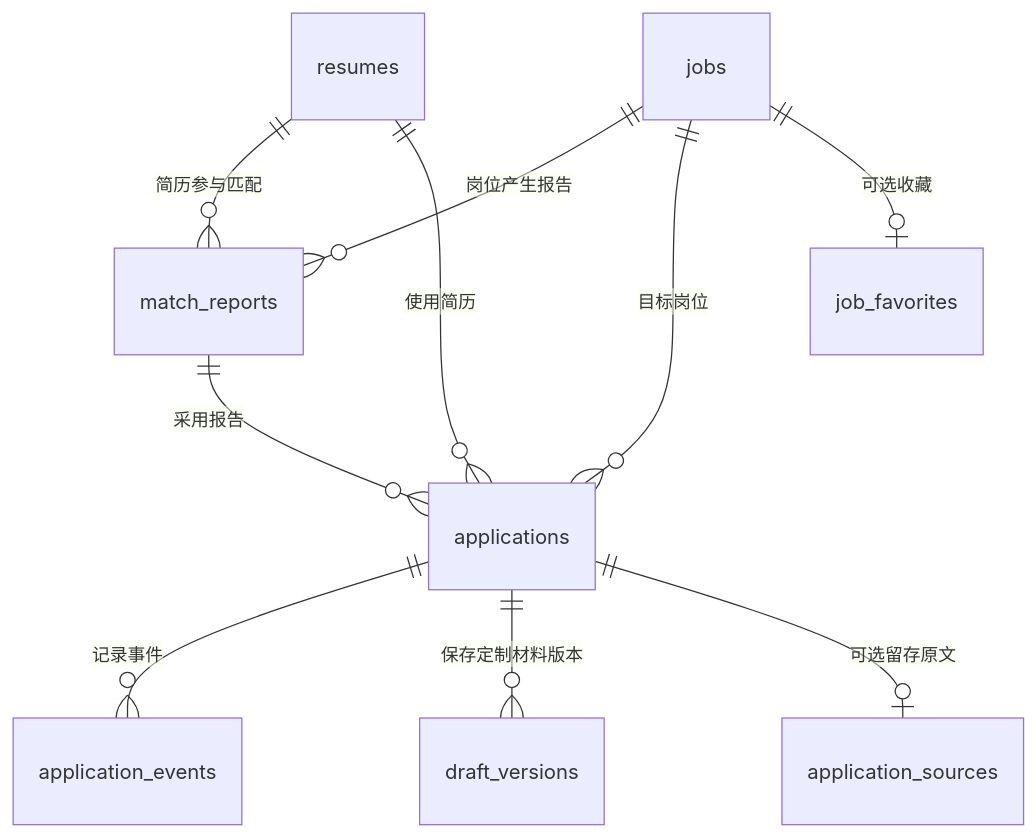
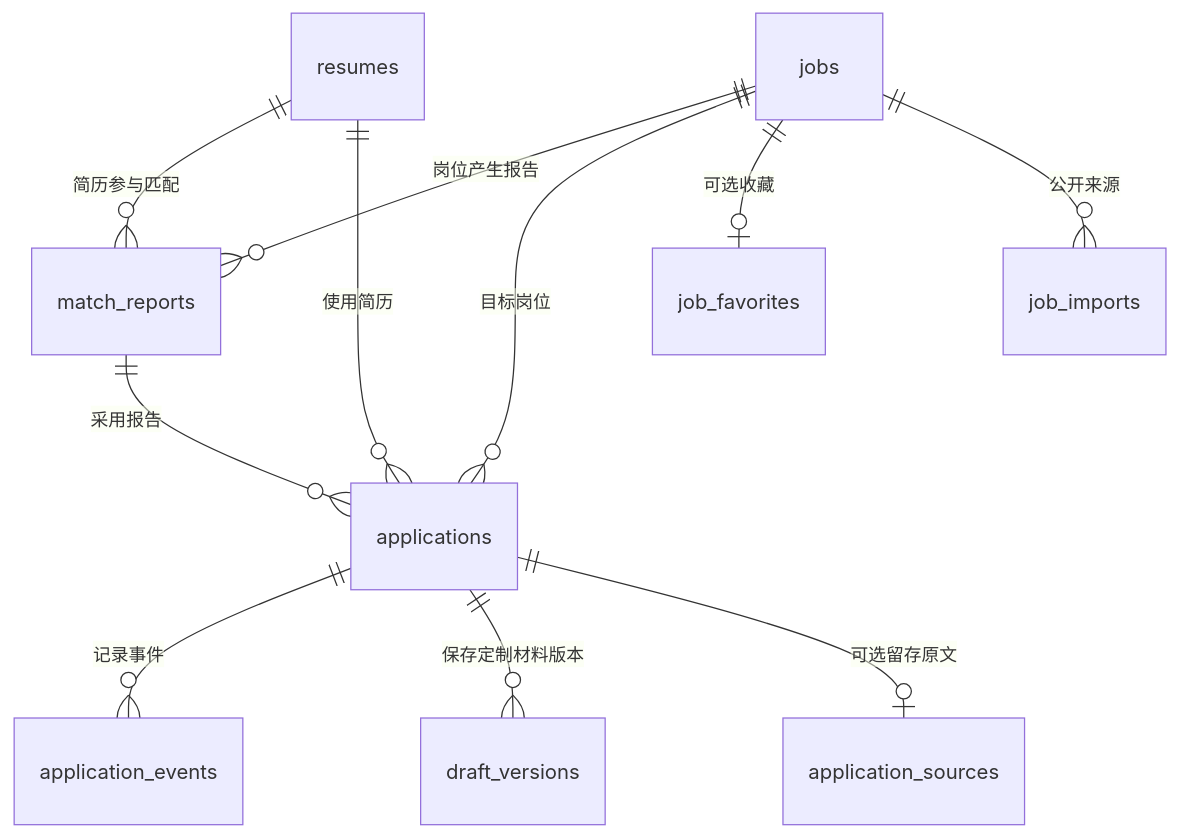
Before and after one commit to uselesswork/AI-Agent: the diagram in docs/数据库设计与字段说明.md, drawn with Mermaid. The commit also changed other lines of this file and 16 other files, not shown here.

````diff
--- a/docs/数据库设计与字段说明.md
+++ b/docs/数据库设计与字段说明.md
@@ -23,12 +24,13 @@
 ```mermaid
 erDiagram
     resumes ||--o{ match_reports : "简历参与匹配"
     jobs ||--o{ match_reports : "岗位产生报告"
     resumes ||--o{ applications : "使用简历"
     jobs ||--o{ applications : "目标岗位"
     match_reports ||--o{ applications : "采用报告"
     applications ||--o{ application_events : "记录事件"
     applications ||--o{ draft_versions : "保存定制材料版本"
     applications ||--o| application_sources : "可选留存原文"
     jobs ||--o| job_favorites : "可选收藏"
+    jobs ||--o{ job_imports : "公开来源"
 ```
````
